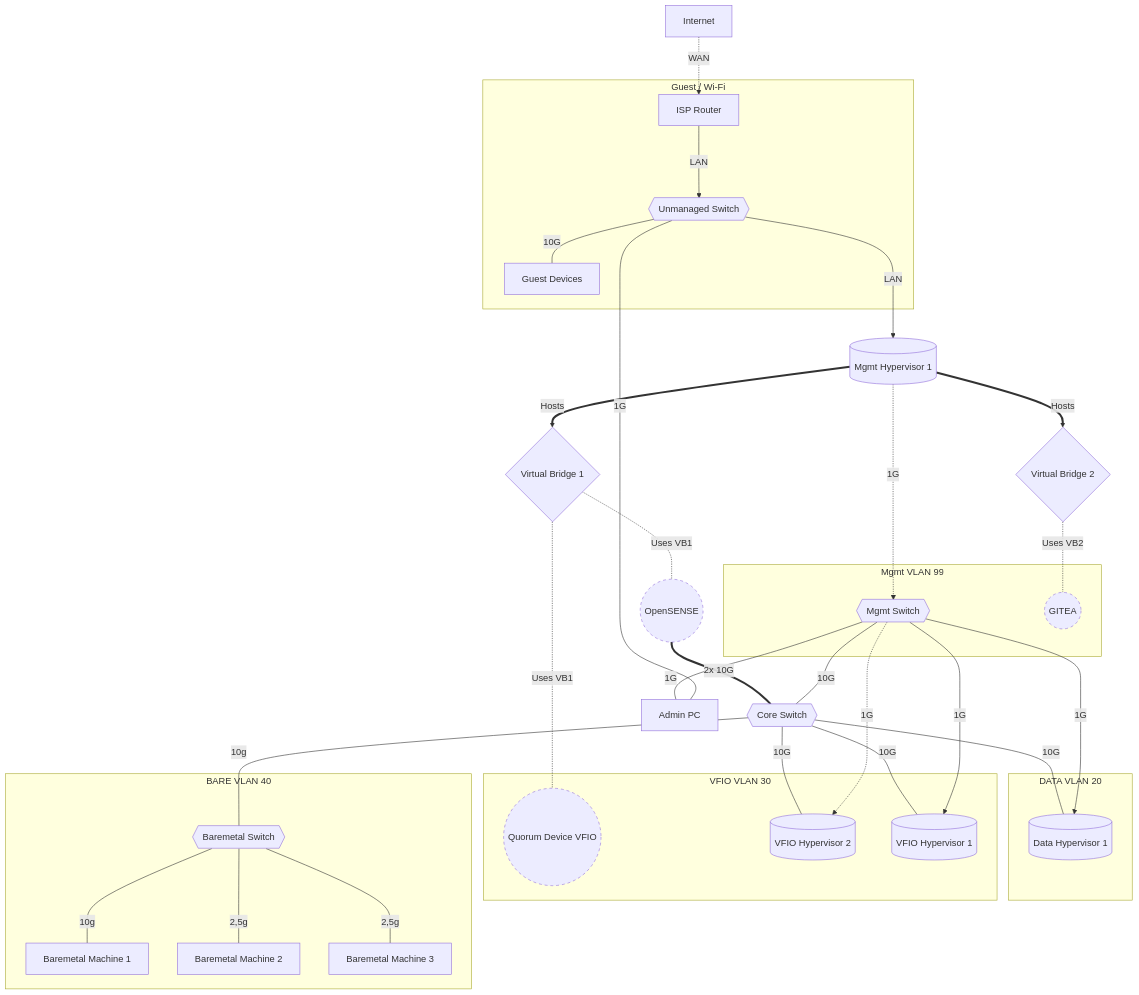
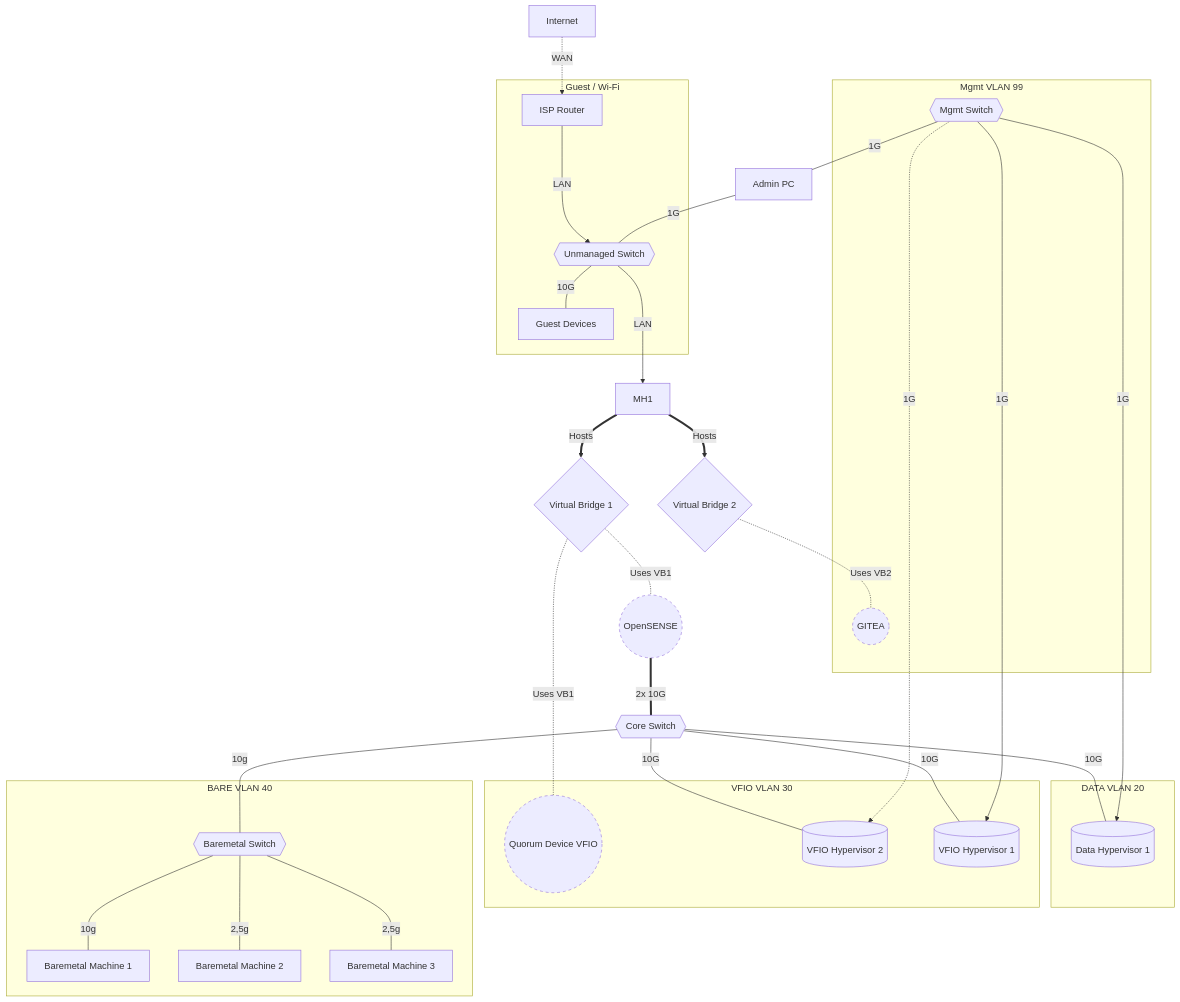
One commit to woeiru/lab changed the diagram in alp/netop.md. Above: the diagram before and after it, drawn with Mermaid.

Commit message:
alp/netop.md: simplify management switch connections

````diff
--- a/alp/netop.md
+++ b/alp/netop.md
@@ -3,53 +3,51 @@
 ```mermaid
 graph TD
     INT[Internet] -.-> |WAN| ISPR[ISP Router]
     ISPR ---> |LAN| US
     US{{Unmanaged Switch}} ---> |LAN| MH1
     VB1{Virtual Bridge 1} -.- |"Uses VB1"| QDV((Quorum Device VFIO))
     VB1 -.- |"Uses VB1"| OPN((OpenSENSE))
     OPN ===|"2x 10G"| CS{{Core Switch}}
-    MH1[(Mgmt Hypervisor 1)] -.-> |"1G"| MS{{Mgmt Switch}}
-    MS --- |"10G"| CS
-    MS ---|"1G"| APC[Admin PC]
+    MS{{Mgmt Switch}} ---|"1G"| APC[Admin PC]
     APC ---|"1G"| US
     MH1 ==>|"Hosts"| VB1
     MH1 ==>|"Hosts"| VB2{Virtual Bridge 2}
     VB2 -.- |"Uses VB2"| GIT((GITEA))
     CS ---|"10G"| VH2[(VFIO Hypervisor 2)]
     MS -.->|"1G"| VH2
     US ---|"10G"| GD[Guest Devices]
     CS ---|"10G"| VH1[(VFIO Hypervisor 1)]
     MS --->|"1G"| VH1
     CS ---|"10G"| DH1[(Data Hypervisor 1)]
     MS --->|"1G"| DH1
     CS ---|"10g"| BMS{{Baremetal Switch}}
     BMS ---|"10g"| BM1[Baremetal Machine 1]
     BMS ---|"2,5g"| BM2[Baremetal Machine 2]
     BMS ---|"2,5g"| BM3[Baremetal Machine 3]
     subgraph VLAN20 [DATA VLAN 20]
         DH1
     end
     subgraph VLAN30 [VFIO VLAN 30]
         VH1
         VH2
         QDV
     end
     subgraph VLAN40 [BARE VLAN 40]
        BMS
        BM1 
        BM2 
        BM3 
     end
 
     subgraph VLAN99 [Mgmt VLAN 99]
         MS
         GIT
     end
     subgraph Guest [Guest / Wi-Fi]
         ISPR
         GD
         US
     end
     classDef punctuated stroke-dasharray: 5 5;
     class GIT,QDV,OPN punctuated;
 ```
````
